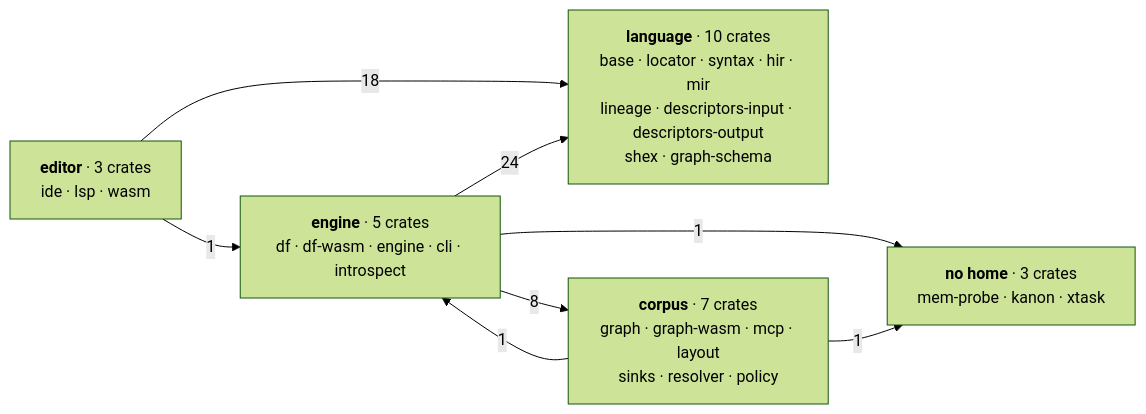
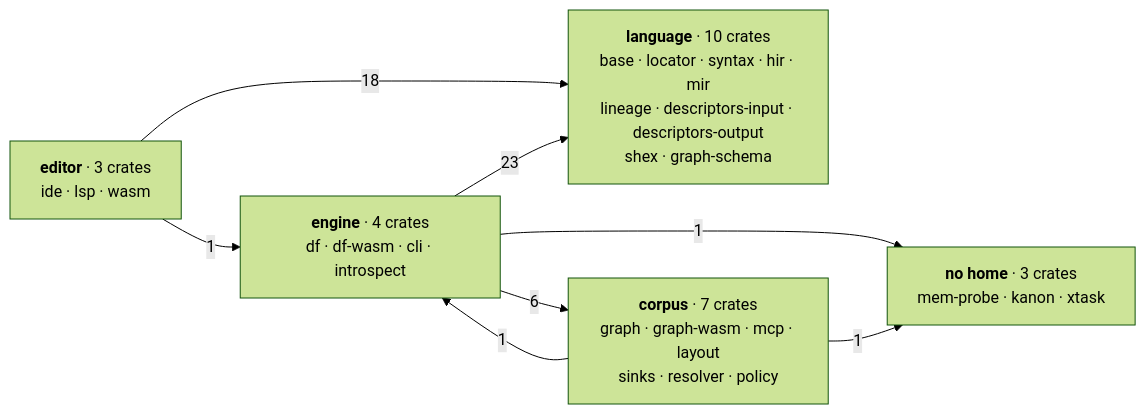
The first of 4 diagrams in apps/docs/content/docs/(root)/architecture.mdx (Kanzo-Tech/fossil-lang), drawn with Mermaid (forest theme) before and after one commit. The commit also changed other lines of this file and 57 other files, not shown here.

````diff
--- a/apps/docs/content/docs/(root)/architecture.mdx
+++ b/apps/docs/content/docs/(root)/architecture.mdx
@@ -14,16 +14,16 @@
 ```mermaid
 graph LR
   L["<b>language</b> · 10 crates<br/>base · locator · syntax · hir · mir<br/>lineage · descriptors-input · descriptors-output<br/>shex · graph-schema"]
   E["<b>editor</b> · 3 crates<br/>ide · lsp · wasm"]
-  M["<b>engine</b> · 5 crates<br/>df · df-wasm · engine · cli · introspect"]
+  M["<b>engine</b> · 4 crates<br/>df · df-wasm · cli · introspect"]
   C["<b>corpus</b> · 7 crates<br/>graph · graph-wasm · mcp · layout<br/>sinks · resolver · policy"]
   X["<b>no home</b> · 3 crates<br/>mem-probe · kanon · xtask"]
 
   E -->|18| L
   E -->|1| M
-  M -->|24| L
-  M -->|8| C
+  M -->|23| L
+  M -->|6| C
   C -->|1| M
   M -->|1| X
   C -->|1| X
 ```
````
